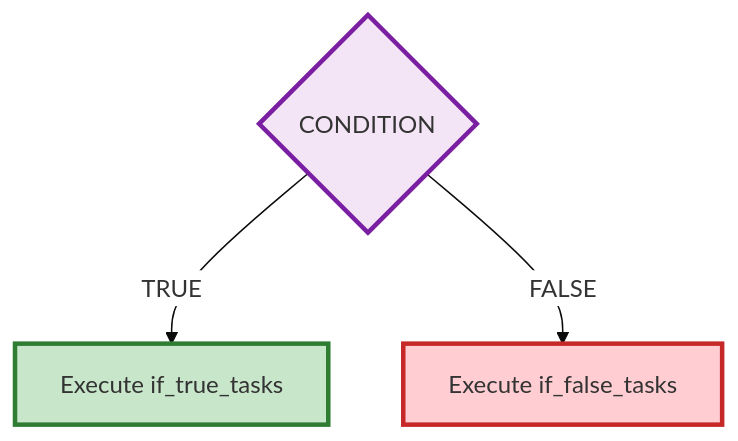
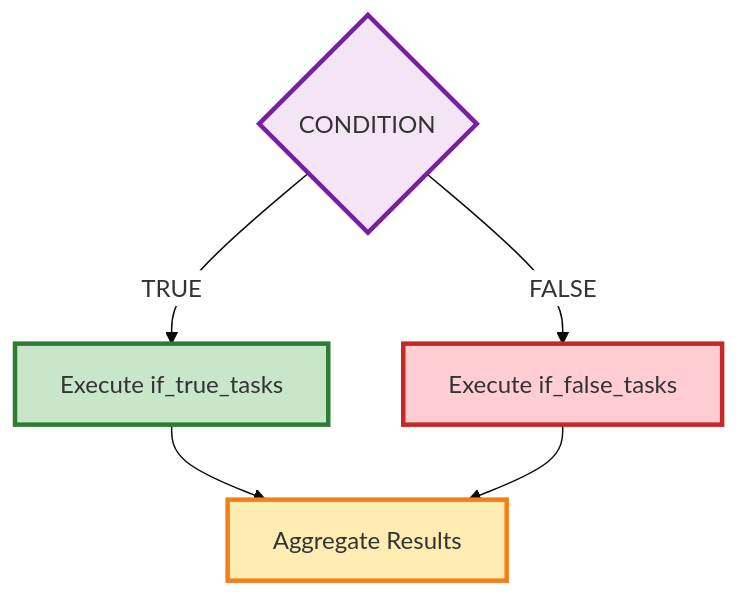
One commit to bastelbude1/Tasker changed the fifth of 9 diagrams in TaskER_FlowChart.md. Above: the diagram before and after it, drawn with Mermaid. The commit also changed other lines of this file and 1 other file, not shown here.

First line of the commit message:
🔧 Fix Parallel/Conditional blocks: remove flow control, add aggregation

````diff
--- a/TaskER_FlowChart.md
+++ b/TaskER_FlowChart.md
@@ -185,10 +185,13 @@
 ```mermaid
 %%{init: {'theme':'base', 'themeVariables': {'primaryColor':'#ffffff'}}}%%
 flowchart TD
     A{CONDITION} -->|TRUE| B[Execute if_true_tasks]
     A -->|FALSE| C[Execute if_false_tasks]
+    B --> D[Aggregate Results]
+    C --> D
 
     style A fill:#f3e5f5,stroke:#7b1fa2,stroke-width:3px
     style B fill:#c8e6c9,stroke:#2e7d32,stroke-width:3px
     style C fill:#ffcdd2,stroke:#c62828,stroke-width:3px
+    style D fill:#ffecb3,stroke:#f57f17,stroke-width:3px
 ```
````
